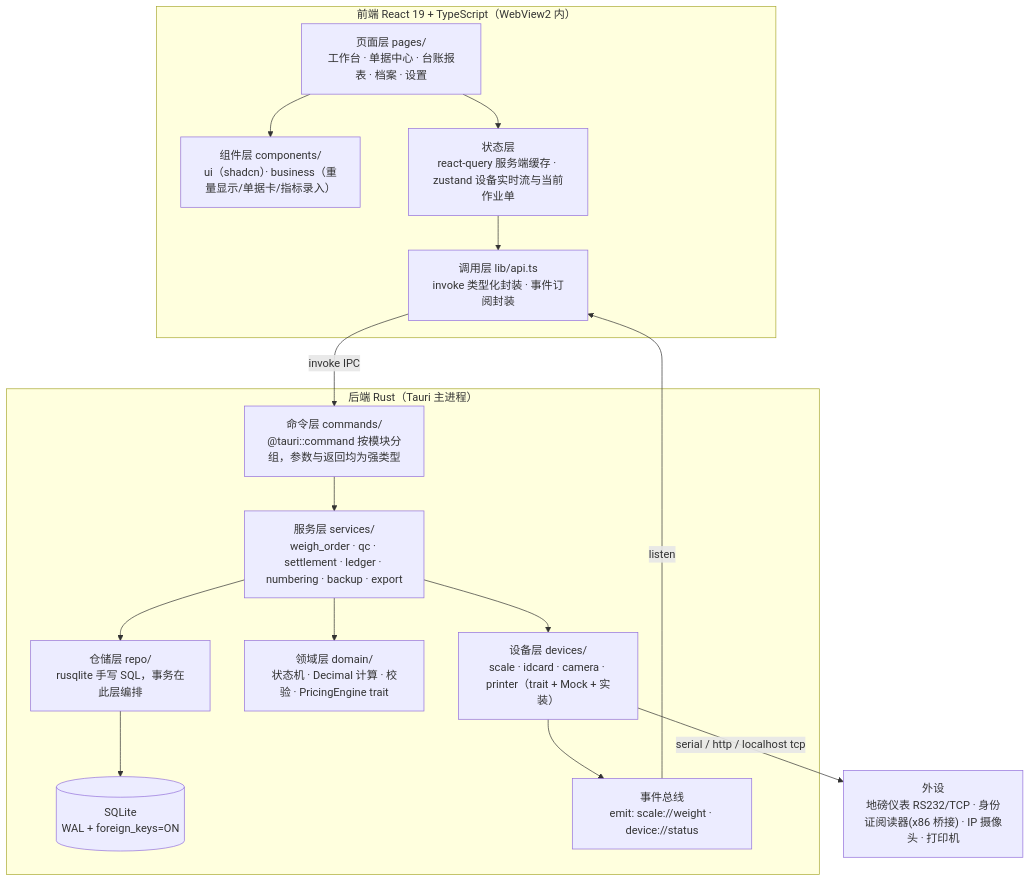
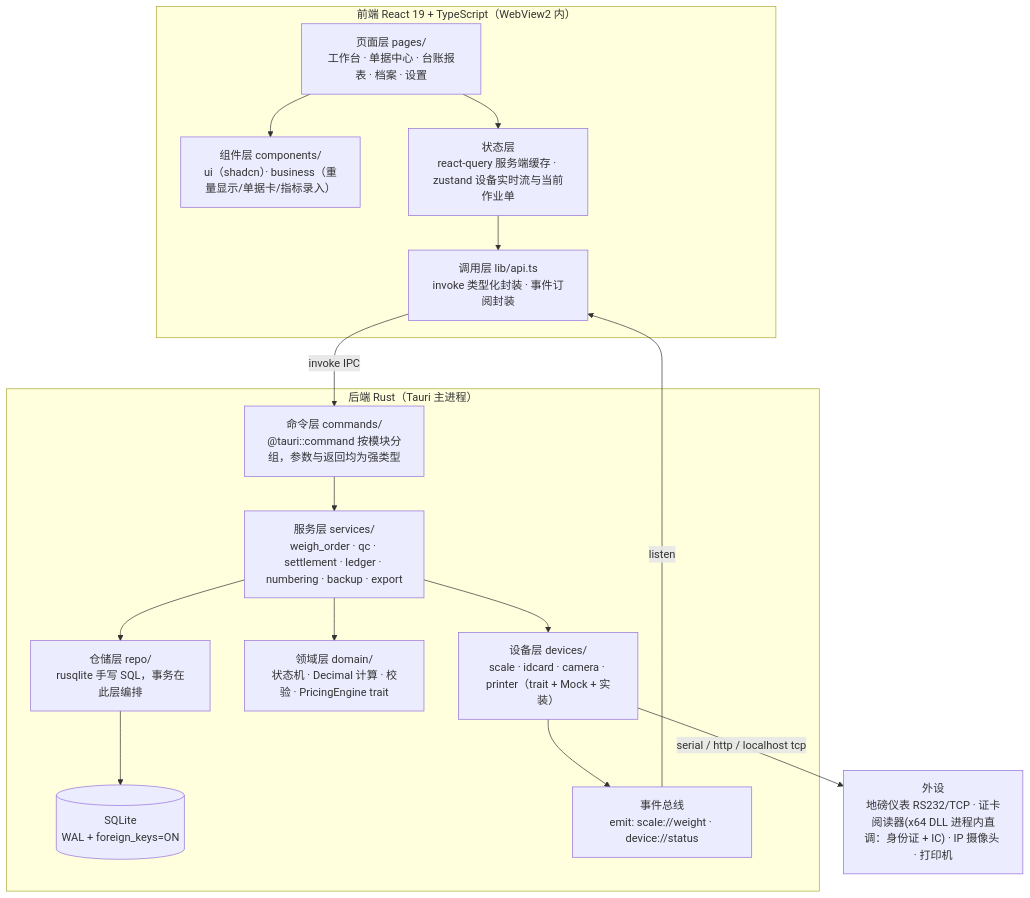
Before and after one commit to datawalkcloud/BangHe: the first of 3 diagrams in docs/design/03-技术架构与数据模型.md, drawn with Mermaid. The commit also changed other lines of this file and 309 other files, not shown here.

````diff
--- a/docs/design/03-技术架构与数据模型.md
+++ b/docs/design/03-技术架构与数据模型.md
@@ -11,30 +11,30 @@
 ```mermaid
 flowchart TB
     subgraph FE["前端 React 19 + TypeScript（WebView2 内）"]
         UI["页面层 pages/<br/>工作台 · 单据中心 · 台账报表 · 档案 · 设置"]
         COMP["组件层 components/<br/>ui（shadcn）· business（重量显示/单据卡/指标录入）"]
         STATE["状态层<br/>react-query 服务端缓存 · zustand 设备实时流与当前作业单"]
         API["调用层 lib/api.ts<br/>invoke 类型化封装 · 事件订阅封装"]
     end
 
     subgraph BE["后端 Rust（Tauri 主进程）"]
         CMD["命令层 commands/<br/>@tauri::command 按模块分组，参数与返回均为强类型"]
         SVC["服务层 services/<br/>weigh_order · qc · settlement · ledger · numbering · backup · export"]
         REPO["仓储层 repo/<br/>rusqlite 手写 SQL，事务在此层编排"]
         DOMAIN["领域层 domain/<br/>状态机 · Decimal 计算 · 校验 · PricingEngine trait"]
         DEV["设备层 devices/<br/>scale · idcard · camera · printer（trait + Mock + 实装）"]
         DB[("SQLite<br/>WAL + foreign_keys=ON")]
         EVT["事件总线<br/>emit: scale://weight · device://status"]
     end
 
-    HW["外设<br/>地磅仪表 RS232/TCP · 身份证阅读器(x86 桥接) · IP 摄像头 · 打印机"]
+    HW["外设<br/>地磅仪表 RS232/TCP · 证卡阅读器(x64 DLL 进程内直调：身份证 + IC) · IP 摄像头 · 打印机"]
 
     UI --> COMP
     UI --> STATE --> API -->|"invoke IPC"| CMD
     EVT -->|"listen"| API
     CMD --> SVC --> REPO --> DB
     SVC --> DOMAIN
     SVC --> DEV
     DEV -->|"serial / http / localhost tcp"| HW
     DEV --> EVT
 ```
````
